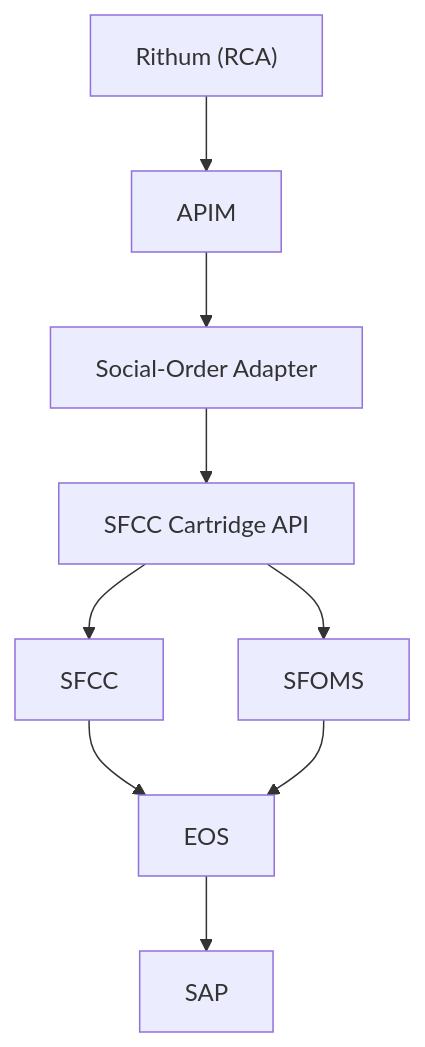
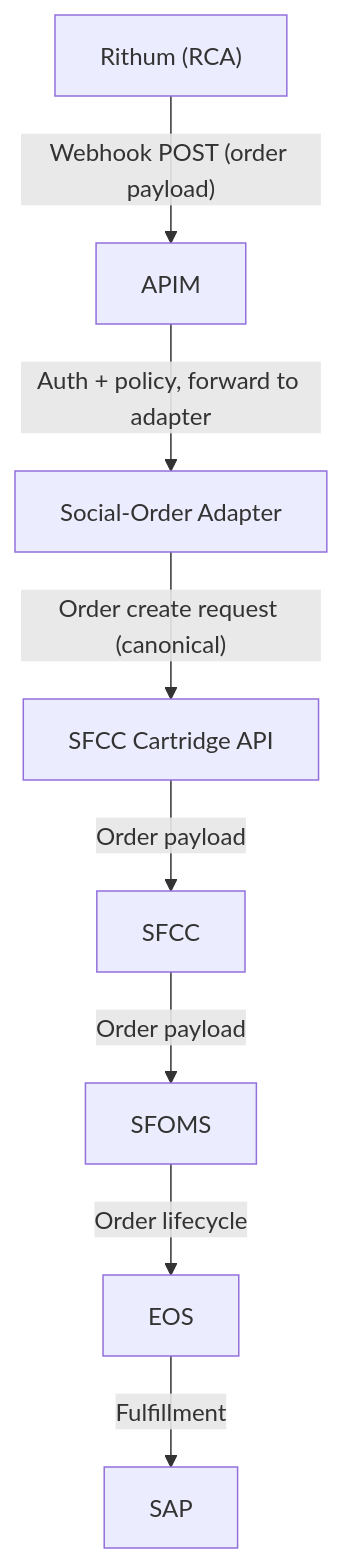
One commit to alienfacepalm/columbia-social-order-use-case changed the sixth of 11 diagrams in presentation.md. Above: the diagram before and after it, drawn with Mermaid. The commit also changed other lines of this file and 10 other files, not shown here.

First line of the commit message:
Speaker timer, layout, and diagram fixes

````diff
--- a/presentation.md
+++ b/presentation.md
@@ -242,11 +241,10 @@
 ```mermaid
 flowchart TB
-    R["Rithum (RCA)"] --> APIM["APIM"]
-    APIM --> FA["Social-Order Adapter"]
-    FA --> CART["SFCC Cartridge API"]
-    CART --> SFCC["SFCC"]
-    CART --> SFOMS["SFOMS"]
-    SFCC --> EOS["EOS"]
-    SFOMS --> EOS
-    EOS --> SAP["SAP"]
+    R["Rithum (RCA)"] -->|"Webhook POST (order payload)"| APIM["APIM"]
+    APIM -->|"Auth + policy, forward to adapter"| FA["Social-Order Adapter"]
+    FA -->|"Order create request (canonical)"| CART["SFCC Cartridge API"]
+    CART -->|"Order payload"| SFCC["SFCC"]
+    SFCC -->|"Order payload"| SFOMS["SFOMS"]
+    SFOMS -->|"Order lifecycle"| EOS["EOS"]
+    EOS -->|"Fulfillment"| SAP["SAP"]
 ```
````
